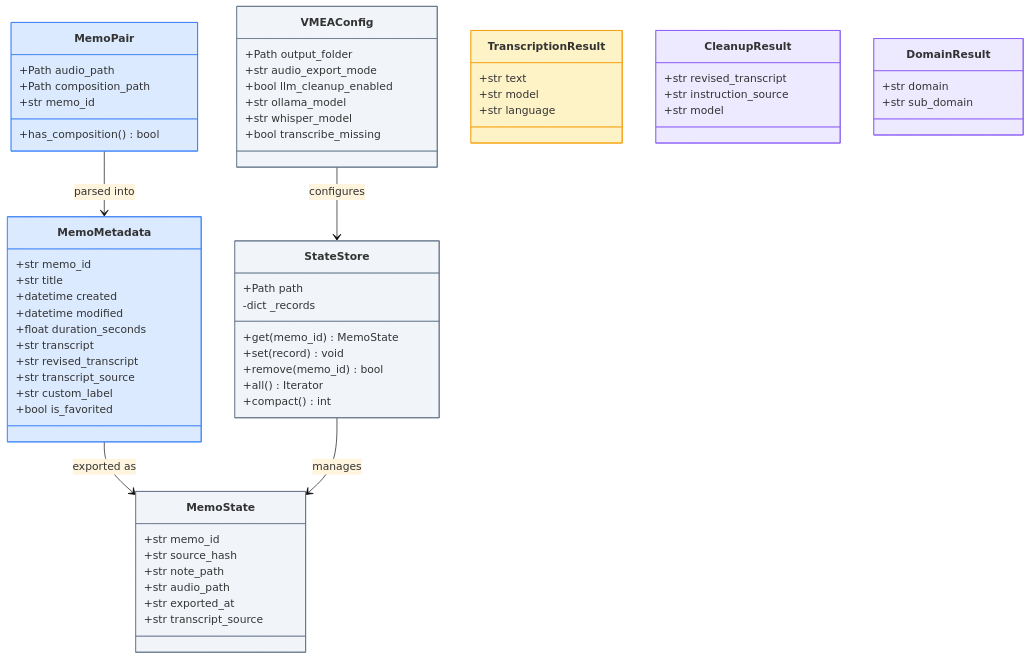
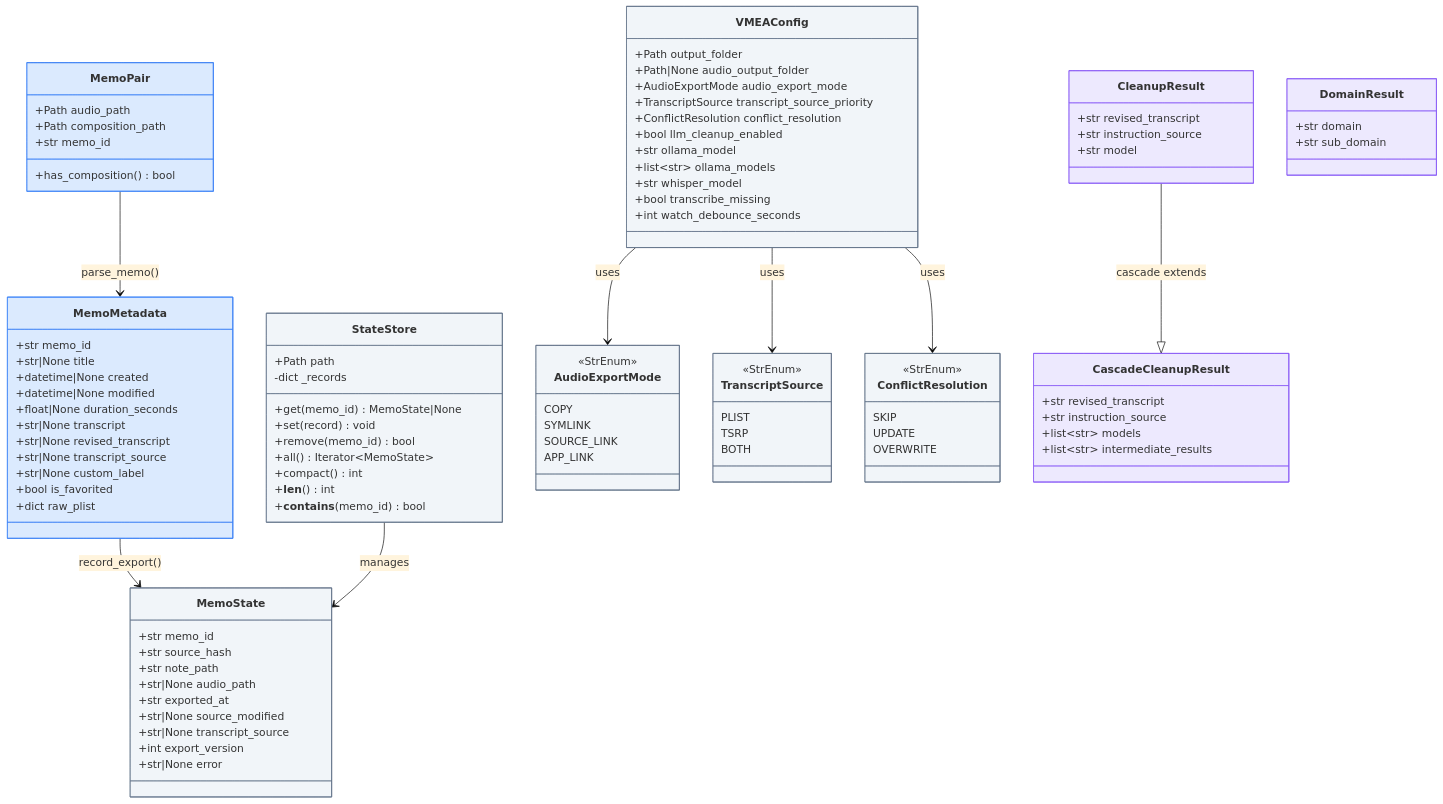
The diagram in docs/diagrams/core-data-model-class-diagram.md (klappe-pm/Apple-Voice-Memo-Export-to-Markdown), drawn with Mermaid before and after one commit. The commit also changed other lines of this file and 12 other files, not shown here.

First line of the commit message:
Restructure docs: simplify README, add dedicated guide files, update diagrams

````diff
--- a/docs/diagrams/core-data-model-class-diagram.md
+++ b/docs/diagrams/core-data-model-class-diagram.md
@@ -14,49 +14,76 @@
 
     class MemoMetadata {
         +str memo_id
-        +str title
-        +datetime created
-        +datetime modified
-        +float duration_seconds
-        +str transcript
-        +str revised_transcript
-        +str transcript_source
-        +str custom_label
+        +str|None title
+        +datetime|None created
+        +datetime|None modified
+        +float|None duration_seconds
+        +str|None transcript
+        +str|None revised_transcript
+        +str|None transcript_source
+        +str|None custom_label
         +bool is_favorited
+        +dict raw_plist
     }
 
     class MemoState {
         +str memo_id
         +str source_hash
         +str note_path
-        +str audio_path
+        +str|None audio_path
         +str exported_at
-        +str transcript_source
+        +str|None source_modified
+        +str|None transcript_source
+        +int export_version
+        +str|None error
     }
 
     class StateStore {
         +Path path
         -dict _records
-        +get(memo_id) MemoState
+        +get(memo_id) MemoState|None
         +set(record) void
         +remove(memo_id) bool
-        +all() Iterator
+        +all() Iterator~MemoState~
         +compact() int
+        +__len__() int
+        +__contains__(memo_id) bool
     }
 
     class VMEAConfig {
         +Path output_folder
-        +str audio_export_mode
+        +Path|None audio_output_folder
+        +AudioExportMode audio_export_mode
+        +TranscriptSource transcript_source_priority
+        +ConflictResolution conflict_resolution
         +bool llm_cleanup_enabled
         +str ollama_model
+        +list~str~ ollama_models
         +str whisper_model
         +bool transcribe_missing
+        +int watch_debounce_seconds
     }
 
-    class TranscriptionResult {
-        +str text
-        +str model
-        +str language
+    class AudioExportMode {
+        <<StrEnum>>
+        COPY
+        SYMLINK
+        SOURCE_LINK
+        APP_LINK
+    }
+
+    class TranscriptSource {
+        <<StrEnum>>
+        PLIST
+        TSRP
+        BOTH
+    }
+
+    class ConflictResolution {
+        <<StrEnum>>
+        SKIP
+        UPDATE
+        OVERWRITE
     }
 
     class CleanupResult {
@@ -65,22 +92,35 @@
         +str model
     }
 
+    class CascadeCleanupResult {
+        +str revised_transcript
+        +str instruction_source
+        +list~str~ models
+        +list~str~ intermediate_results
+    }
+
     class DomainResult {
         +str domain
         +str sub_domain
     }
 
-    MemoPair --> MemoMetadata : parsed into
-    MemoMetadata --> MemoState : exported as
+    MemoPair --> MemoMetadata : parse_memo()
+    MemoMetadata --> MemoState : record_export()
     StateStore --> MemoState : manages
-    VMEAConfig --> StateStore : configures
+    VMEAConfig --> AudioExportMode : uses
+    VMEAConfig --> TranscriptSource : uses
+    VMEAConfig --> ConflictResolution : uses
+    CleanupResult --|> CascadeCleanupResult : cascade extends
 
     style MemoPair fill:#dbeafe,stroke:#3b82f6
     style MemoMetadata fill:#dbeafe,stroke:#3b82f6
     style MemoState fill:#f1f5f9,stroke:#64748b
     style StateStore fill:#f1f5f9,stroke:#64748b
     style VMEAConfig fill:#f1f5f9,stroke:#64748b
-    style TranscriptionResult fill:#fef3c7,stroke:#f59e0b
+    style AudioExportMode fill:#f1f5f9,stroke:#64748b
+    style TranscriptSource fill:#f1f5f9,stroke:#64748b
+    style ConflictResolution fill:#f1f5f9,stroke:#64748b
     style CleanupResult fill:#ede9fe,stroke:#8b5cf6
+    style CascadeCleanupResult fill:#ede9fe,stroke:#8b5cf6
     style DomainResult fill:#ede9fe,stroke:#8b5cf6
 ```
````
